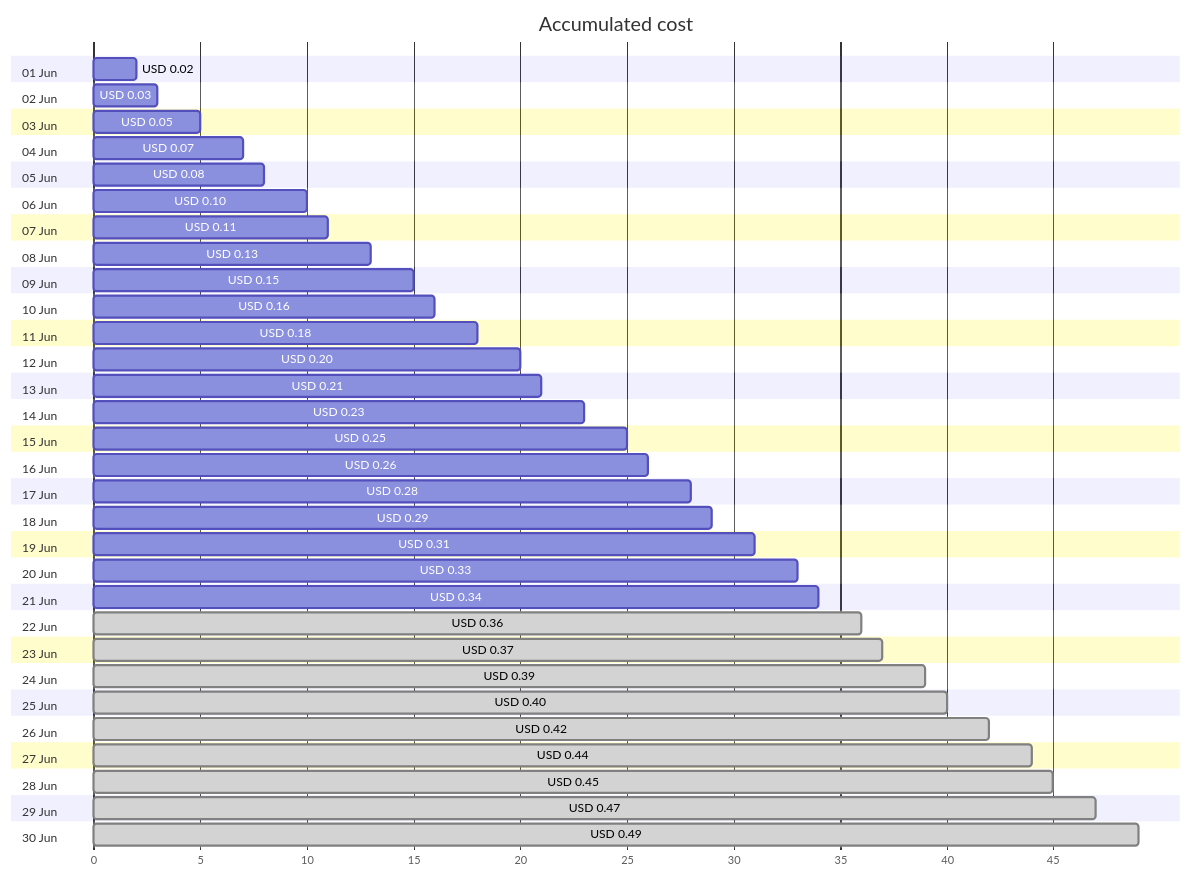
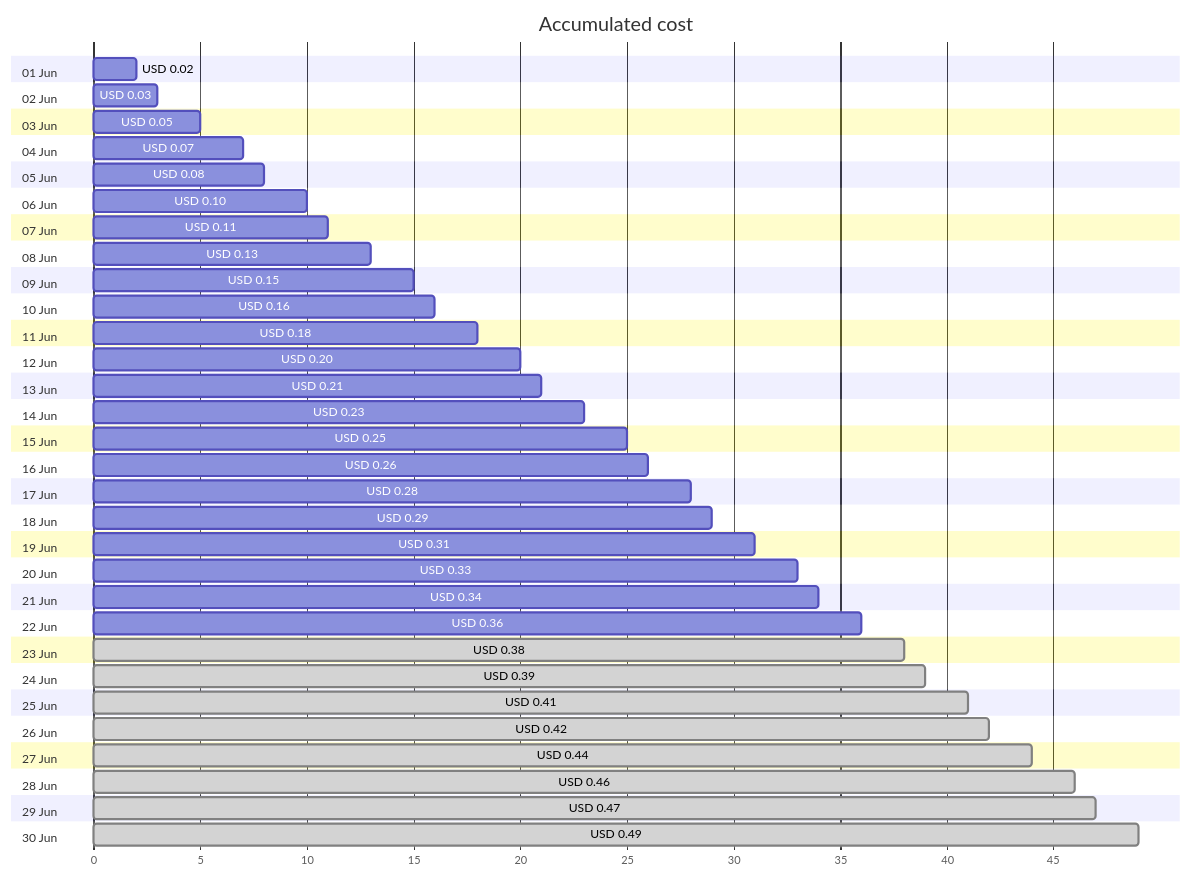
The first of 4 diagrams in cost-reports/personal-dns/jpatrickfulton.com.md (jpfulton/azure-personal-reports), drawn with Mermaid before and after one commit. The commit also changed other lines of this file and 2 other files, not shown here.

````diff
--- a/cost-reports/personal-dns/jpatrickfulton.com.md
+++ b/cost-reports/personal-dns/jpatrickfulton.com.md
@@ -20,66 +20,66 @@
 ```mermaid
 gantt
    title Accumulated cost
    dateFormat  X
    axisFormat %s
    section 01 Jun
    USD 0.02 :0, 2
    section 02 Jun
    USD 0.03 :0, 3
    section 03 Jun
    USD 0.05 :0, 5
    section 04 Jun
    USD 0.07 :0, 7
    section 05 Jun
    USD 0.08 :0, 8
    section 06 Jun
    USD 0.10 :0, 10
    section 07 Jun
    USD 0.11 :0, 11
    section 08 Jun
    USD 0.13 :0, 13
    section 09 Jun
    USD 0.15 :0, 15
    section 10 Jun
    USD 0.16 :0, 16
    section 11 Jun
    USD 0.18 :0, 18
    section 12 Jun
    USD 0.20 :0, 20
    section 13 Jun
    USD 0.21 :0, 21
    section 14 Jun
    USD 0.23 :0, 23
    section 15 Jun
    USD 0.25 :0, 25
    section 16 Jun
    USD 0.26 :0, 26
    section 17 Jun
    USD 0.28 :0, 28
    section 18 Jun
    USD 0.29 :0, 29
    section 19 Jun
    USD 0.31 :0, 31
    section 20 Jun
    USD 0.33 :0, 33
    section 21 Jun
    USD 0.34 :0, 34
    section 22 Jun
-   USD 0.36 : done, 0, 36
+   USD 0.36 :0, 36
    section 23 Jun
-   USD 0.37 : done, 0, 37
+   USD 0.38 : done, 0, 38
    section 24 Jun
    USD 0.39 : done, 0, 39
    section 25 Jun
-   USD 0.40 : done, 0, 40
+   USD 0.41 : done, 0, 41
    section 26 Jun
    USD 0.42 : done, 0, 42
    section 27 Jun
    USD 0.44 : done, 0, 44
    section 28 Jun
-   USD 0.45 : done, 0, 45
+   USD 0.46 : done, 0, 46
    section 29 Jun
    USD 0.47 : done, 0, 47
    section 30 Jun
    USD 0.49 : done, 0, 49
 ```
````
